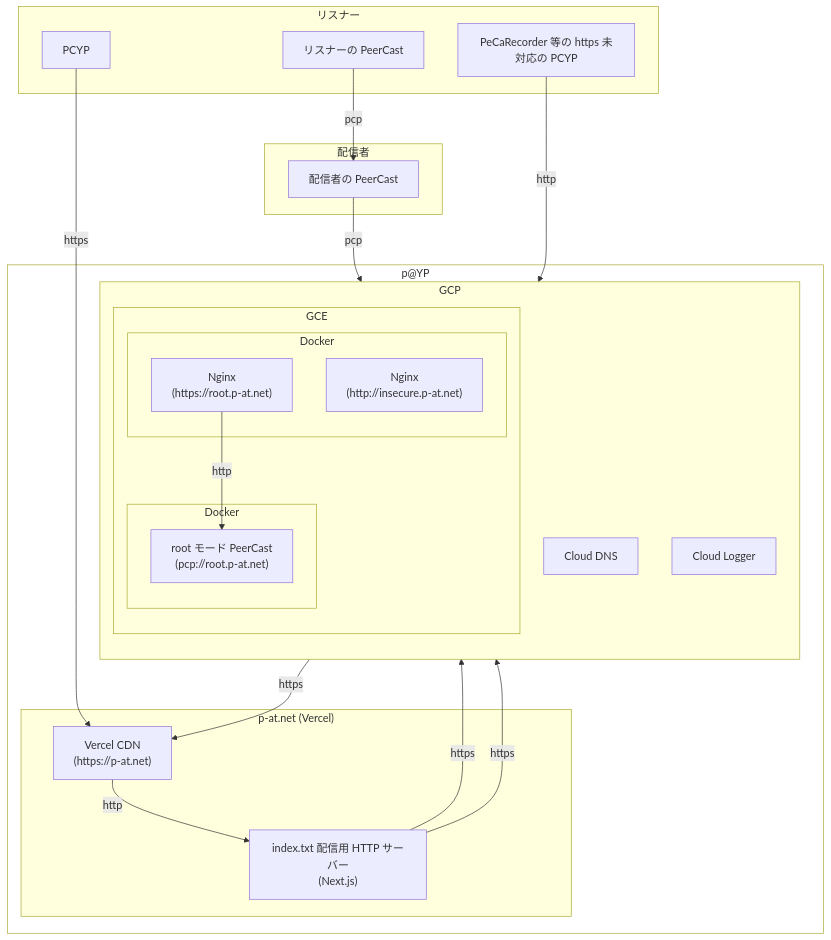
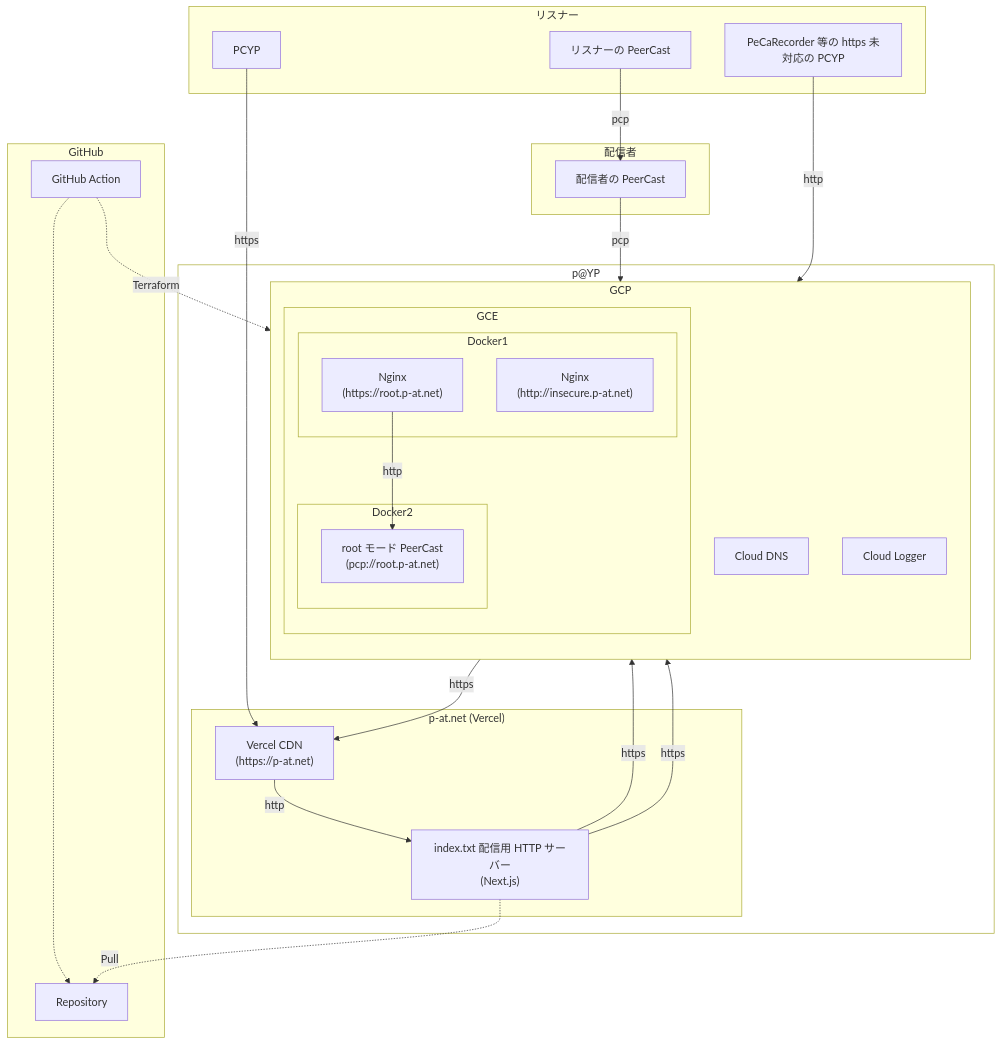
The diagram in README.md (progre/pp), drawn with Mermaid before and after one commit.

Commit message:
docs: update graph

````diff
--- a/README.md
+++ b/README.md
@@ -1,45 +1,54 @@
 ```mermaid
-flowchart TD;
-  subgraph "リスナー"
-    listener
-    browser
-    pecareco
+flowchart TD
+
+subgraph "リスナー"
+  listener
+  browser
+  pecareco
+end
+
+subgraph "配信者"
+  broadcaster
+end
+
+subgraph "GitHub"
+  Repository
+  gha -.-> Repository
+end
+
+style pat fill:#0000
+subgraph pat["p@YP"]
+  subgraph vercel["p-at.net (Vercel)"]
+    isr["Vercel CDN\n(https://p-at.net)"]
+    www["index.txt 配信用 HTTP サーバー\n(Next.js)"]
   end
 
-  subgraph "配信者"
-    broadcaster
+  subgraph GCP
+    direction TB
+    subgraph GCE
+      subgraph docker1["Docker1"]
+        nginxroot["Nginx\n(https://root.p-at.net)"]
+        nginxinsecure["Nginx\n(http://insecure.p-at.net)"]
+      end
+      subgraph docker2["Docker2"]
+        root["root モード PeerCast\n(pcp://root.p-at.net)"];
+      end
+    end
+    dns["Cloud DNS"]
+    logger["Cloud Logger"]
   end
+end
 
-  style pat fill:#0000
-  subgraph pat["p@YP"]
-    subgraph "p-at.net (Vercel)"
-      isr["Vercel CDN\n(https://p-at.net)"]
-      www["index.txt 配信用 HTTP サーバー\n(Next.js)"]
-    end
+listener["リスナーの PeerCast"]--pcp-->broadcaster
+broadcaster["配信者の PeerCast"]--pcp-->root
+browser["PCYP"]--https-->isr
+pecareco["PeCaRecorder 等の https 未対応の PCYP"]--http-->nginxinsecure
+nginxinsecure--https-->isr
+isr--http-->www;
+www--https-->logger
+www--https-->nginxroot;
+nginxroot--http-->root;
 
-    subgraph GCP
-      direction TB
-      subgraph GCE
-        subgraph docker1["Docker"]
-          nginxroot["Nginx\n(https://root.p-at.net)"]
-          nginxinsecure["Nginx\n(http://insecure.p-at.net)"]
-        end
-        subgraph docker2["Docker"]
-          root["root モード PeerCast\n(pcp://root.p-at.net)"];
-        end
-      end
-      dns["Cloud DNS"]
-      logger["Cloud Logger"]
-    end
-  end
-
-  listener["リスナーの PeerCast"]--pcp-->broadcaster
-  broadcaster["配信者の PeerCast"]--pcp-->root
-  browser["PCYP"]--https-->isr
-  pecareco["PeCaRecorder 等の https 未対応の PCYP"]--http-->nginxinsecure
-  nginxinsecure--https-->isr
-  isr--http-->www;
-  www--https-->logger
-  www--https-->nginxroot;
-  nginxroot--http-->root;
+gha["GitHub Action"] -."Terraform".-> GCP
+www -.Pull.-> Repository
 ```
````
